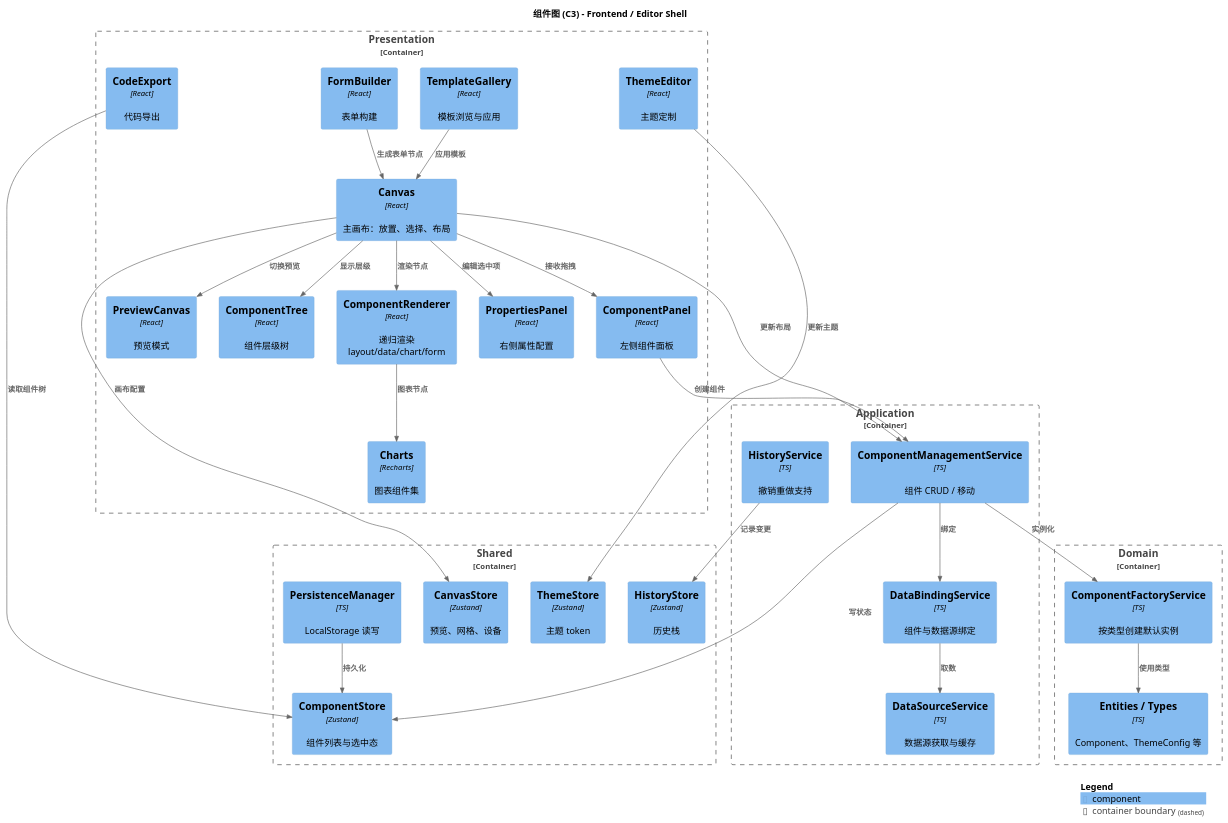
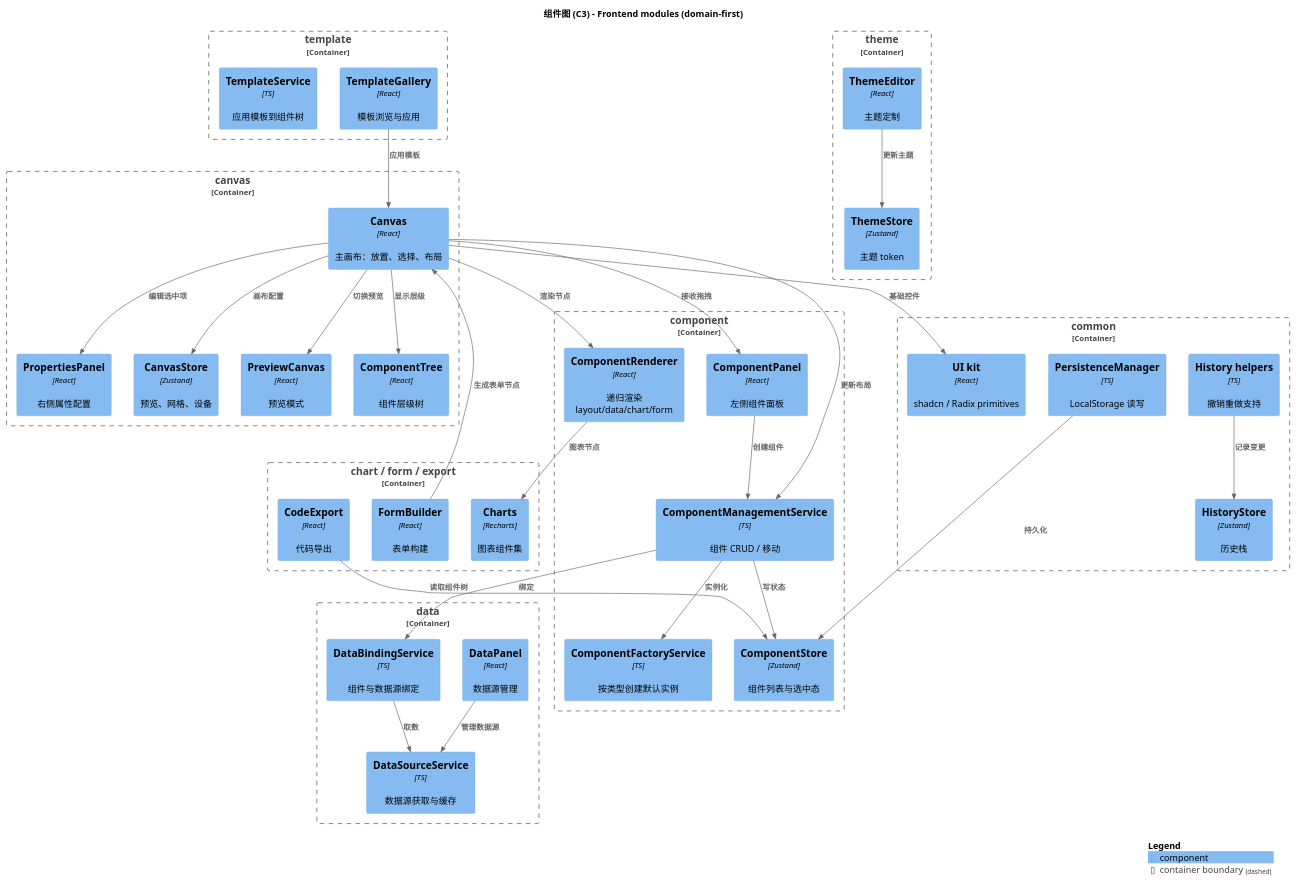
One commit to felixzhu97/low-code-platform changed the diagram in docs/developer/c4-model/C3-Component-Frontend.puml. Above: the diagram before and after it, drawn with PlantUML. The commit also changed 308 other files, not shown here.

First line of the commit message:
refactor: organize source by business domain like ExploreAI (#7)

```diff
--- a/docs/developer/c4-model/C3-Component-Frontend.puml
+++ b/docs/developer/c4-model/C3-Component-Frontend.puml
@@ -1,65 +1,77 @@
 @startuml C3-Component-Frontend
 !include https://raw.githubusercontent.com/plantuml-stdlib/C4-PlantUML/master/C4_Component.puml
 
 LAYOUT_WITH_LEGEND()
 
-title 组件图 (C3) - Frontend / Editor Shell
+title 组件图 (C3) - Frontend modules (domain-first)
 
-Container_Boundary(presentation, "Presentation") {
+Container_Boundary(canvasB, "canvas") {
     Component(canvas, "Canvas", "React", "主画布：放置、选择、布局")
     Component(preview, "PreviewCanvas", "React", "预览模式")
     Component(tree, "ComponentTree", "React", "组件层级树")
+    Component(propsPanel, "PropertiesPanel", "React", "右侧属性配置")
+    Component(canvasStore, "CanvasStore", "Zustand", "预览、网格、设备")
+}
+
+Container_Boundary(componentB, "component") {
     Component(panel, "ComponentPanel", "React", "左侧组件面板")
-    Component(propsPanel, "PropertiesPanel", "React", "右侧属性配置")
     Component(renderer, "ComponentRenderer", "React", "递归渲染 layout/data/chart/form")
+    Component(compMgmt, "ComponentManagementService", "TS", "组件 CRUD / 移动")
+    Component(factory, "ComponentFactoryService", "TS", "按类型创建默认实例")
+    Component(compStore, "ComponentStore", "Zustand", "组件列表与选中态")
+}
+
+Container_Boundary(templateB, "template") {
     Component(templates, "TemplateGallery", "React", "模板浏览与应用")
+    Component(templateSvc, "TemplateService", "TS", "应用模板到组件树")
+}
+
+Container_Boundary(themeB, "theme") {
     Component(themeEditor, "ThemeEditor", "React", "主题定制")
+    Component(themeStore, "ThemeStore", "Zustand", "主题 token")
+}
+
+Container_Boundary(dataB, "data") {
+    Component(dataPanel, "DataPanel", "React", "数据源管理")
+    Component(dataBinding, "DataBindingService", "TS", "组件与数据源绑定")
+    Component(dataSource, "DataSourceService", "TS", "数据源获取与缓存")
+}
+
+Container_Boundary(chartFormB, "chart / form / export") {
+    Component(charts, "Charts", "Recharts", "图表组件集")
     Component(formBuilder, "FormBuilder", "React", "表单构建")
-    Component(charts, "Charts", "Recharts", "图表组件集")
     Component(codeExport, "CodeExport", "React", "代码导出")
 }
 
-Container_Boundary(application, "Application") {
-    Component(compMgmt, "ComponentManagementService", "TS", "组件 CRUD / 移动")
-    Component(dataBinding, "DataBindingService", "TS", "组件与数据源绑定")
-    Component(dataSource, "DataSourceService", "TS", "数据源获取与缓存")
-    Component(historySvc, "HistoryService", "TS", "撤销重做支持")
-}
-
-Container_Boundary(domainLayer, "Domain") {
-    Component(factory, "ComponentFactoryService", "TS", "按类型创建默认实例")
-    Component(entities, "Entities / Types", "TS", "Component、ThemeConfig 等")
-}
-
-Container_Boundary(sharedLayer, "Shared") {
-    Component(compStore, "ComponentStore", "Zustand", "组件列表与选中态")
-    Component(canvasStore, "CanvasStore", "Zustand", "预览、网格、设备")
-    Component(themeStore, "ThemeStore", "Zustand", "主题 token")
+Container_Boundary(commonB, "common") {
     Component(historyStore, "HistoryStore", "Zustand", "历史栈")
+    Component(historySvc, "History helpers", "TS", "撤销重做支持")
     Component(persistence, "PersistenceManager", "TS", "LocalStorage 读写")
+    Component(uiKit, "UI kit", "React", "shadcn / Radix primitives")
 }
 
 Rel(canvas, tree, "显示层级")
 Rel(canvas, preview, "切换预览")
 Rel(canvas, renderer, "渲染节点")
 Rel(canvas, panel, "接收拖拽")
 Rel(canvas, propsPanel, "编辑选中项")
 Rel(renderer, charts, "图表节点")
 Rel(templates, canvas, "应用模板")
 Rel(themeEditor, themeStore, "更新主题")
 Rel(formBuilder, canvas, "生成表单节点")
 Rel(codeExport, compStore, "读取组件树")
 
 Rel(panel, compMgmt, "创建组件")
 Rel(canvas, compMgmt, "更新布局")
 Rel(compMgmt, factory, "实例化")
 Rel(compMgmt, dataBinding, "绑定")
 Rel(dataBinding, dataSource, "取数")
 Rel(compMgmt, compStore, "写状态")
 Rel(canvas, canvasStore, "画布配置")
 Rel(historySvc, historyStore, "记录变更")
 Rel(persistence, compStore, "持久化")
-Rel(factory, entities, "使用类型")
+Rel(canvas, uiKit, "基础控件")
+Rel(dataPanel, dataSource, "管理数据源")
 
 SHOW_LEGEND()
 @enduml
```
